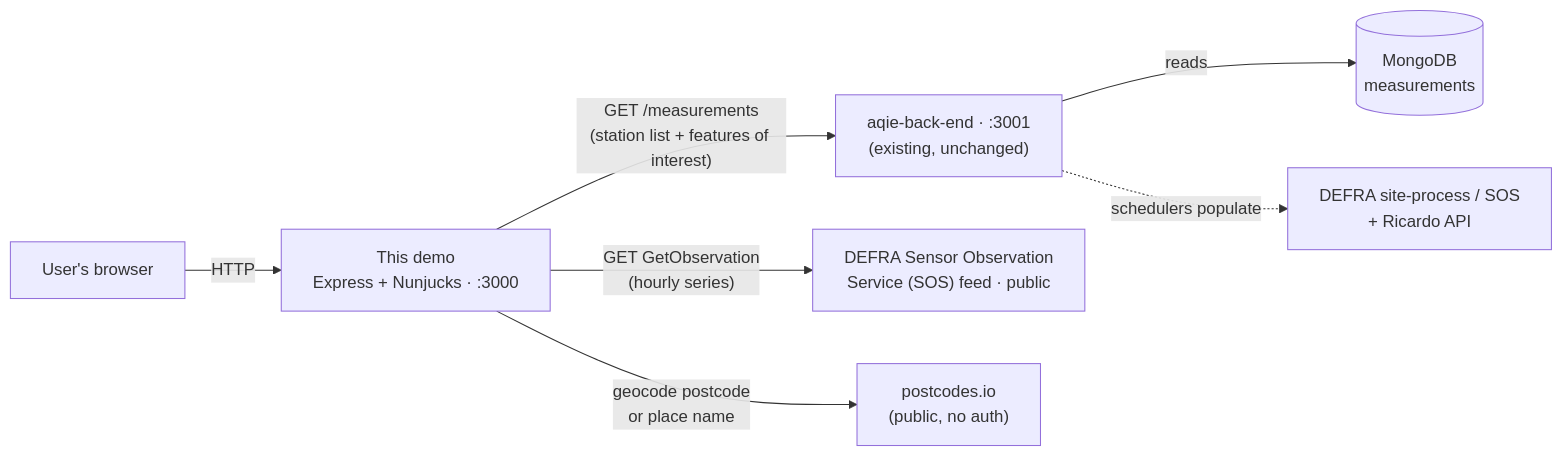
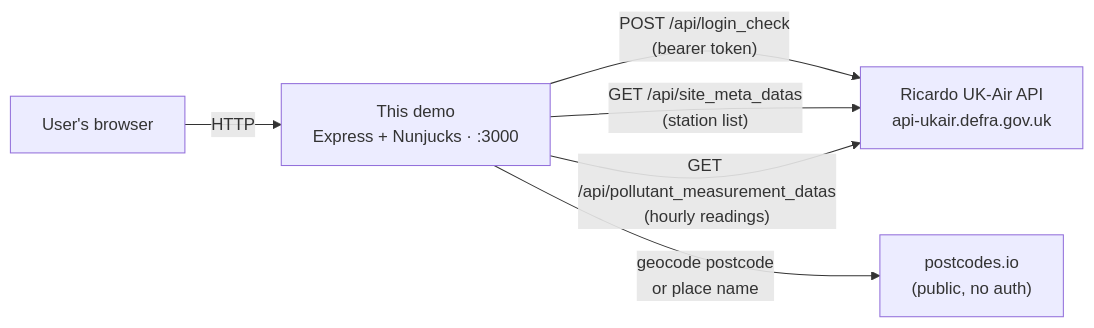
Before and after one commit to DEFRA/aqie-demo-data-visualisations: the diagram in README.md, drawn with Mermaid. The commit also changed other lines of this file and 19 other files, not shown here.

Commit message:
re-write of the data source to use the existing api call for up to 7-day periods

````diff
--- a/README.md
+++ b/README.md
@@ -77,9 +82,8 @@
 ```mermaid
 flowchart LR
   U["User's browser"] -->|HTTP| D["This demo<br/>Express + Nunjucks · :3000"]
-  D -->|"GET /measurements<br/>(station list + features of interest)"| B["aqie-back-end · :3001<br/>(existing, unchanged)"]
-  D -->|"GET GetObservation<br/>(hourly series)"| S["DEFRA Sensor Observation<br/>Service (SOS) feed · public"]
+  D -->|"POST /api/login_check<br/>(bearer token)"| R["Ricardo UK-Air API<br/>api-ukair.defra.gov.uk"]
+  D -->|"GET /api/site_meta_datas<br/>(station list)"| R
+  D -->|"GET /api/pollutant_measurement_datas<br/>(hourly readings)"| R
   D -->|"geocode postcode<br/>or place name"| P["postcodes.io<br/>(public, no auth)"]
-  B -->|"reads"| M[("MongoDB<br/>measurements")]
-  B -.->|"schedulers populate"| X["DEFRA site-process / SOS<br/>+ Ricardo API"]
 ```
````
